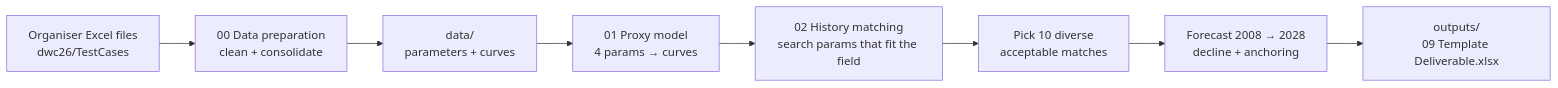
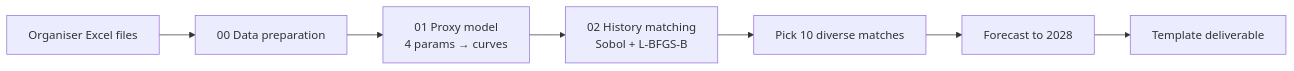
Before and after one commit to siongfeng04/ExxonMobil-DWC26: the diagram in README.md, drawn with Mermaid. The commit also changed other lines of this file, not shown here.

````diff
--- a/README.md
+++ b/README.md
@@ -36,10 +30,9 @@
 ```mermaid
 flowchart LR
-    A[Organiser Excel files<br/>dwc26/TestCases] --> B[00 Data preparation<br/>clean + consolidate]
-    B --> C[data/<br/>parameters + curves]
-    C --> D[01 Proxy model<br/>4 params → curves]
-    D --> E[02 History matching<br/>search params that fit the field]
-    E --> F[Pick 10 diverse<br/>acceptable matches]
-    F --> G[Forecast 2008 → 2028<br/>decline + anchoring]
-    G --> H[outputs/<br/>09 Template Deliverable.xlsx]
+    A[Organiser Excel files] --> B[00 Data preparation]
+    B --> C[01 Proxy model<br/>4 params → curves]
+    C --> D[02 History matching<br/>Sobol + L-BFGS-B]
+    D --> E[Pick 10 diverse matches]
+    E --> F[Forecast to 2028]
+    F --> G[Template deliverable]
 ```
````
